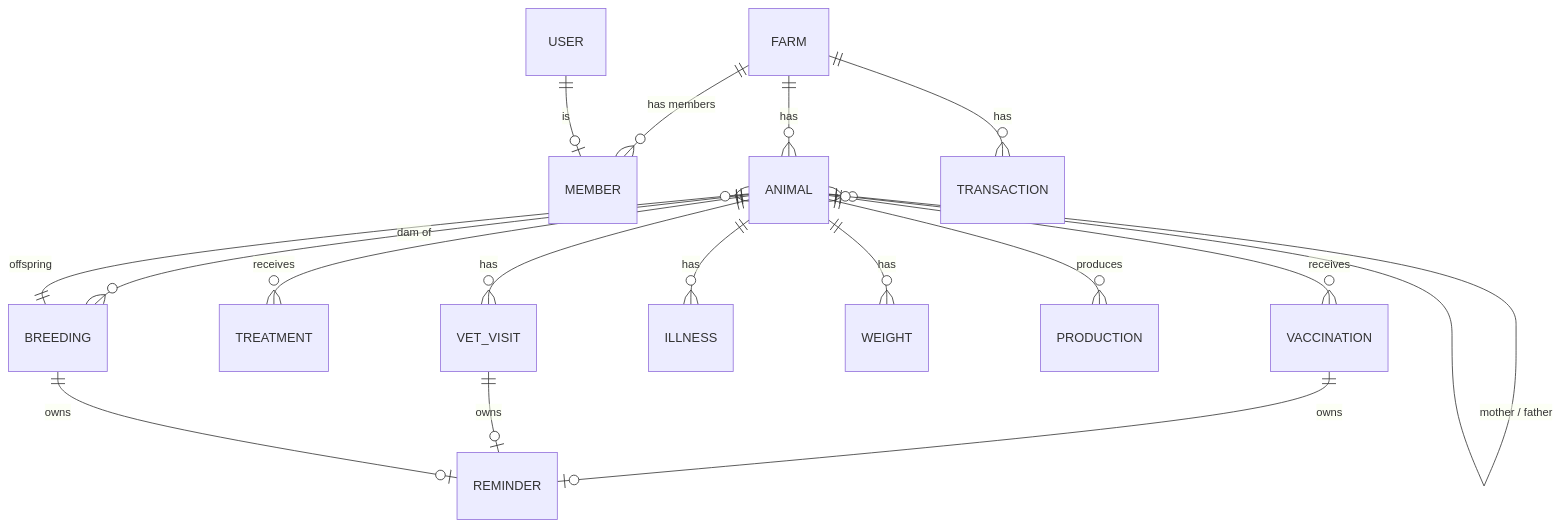
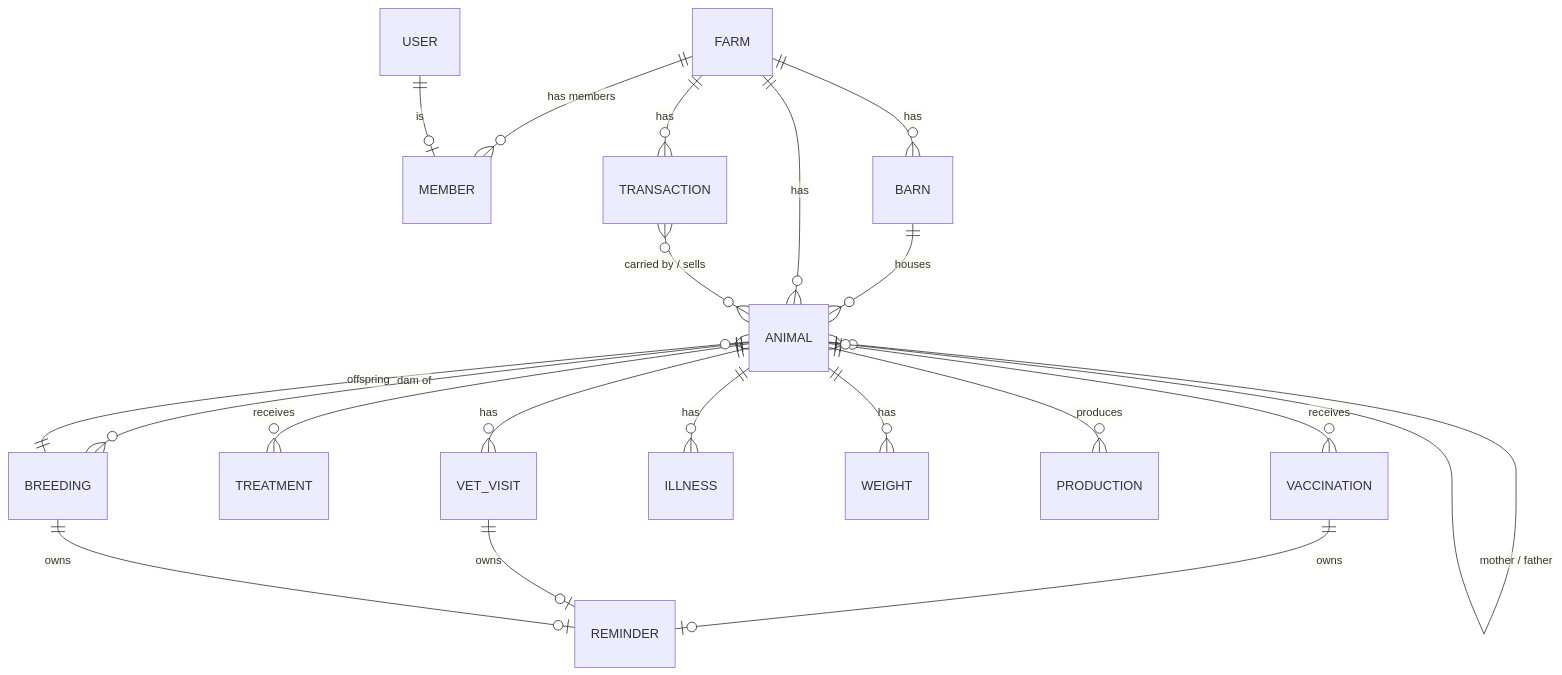
One commit to haythoum/farmivo_backend changed the diagram in docs/DATA_MODEL.md. Above: the diagram before and after it, drawn with Mermaid. The commit also changed other lines of this file and 9 other files, not shown here.

````diff
--- a/docs/DATA_MODEL.md
+++ b/docs/DATA_MODEL.md
@@ -59,19 +60,22 @@
 ```mermaid
 erDiagram
   FARM ||--o{ MEMBER : "has members"
   USER ||--o| MEMBER : "is"
+  FARM ||--o{ BARN : has
+  BARN ||--o{ ANIMAL : houses
   FARM ||--o{ ANIMAL : has
   ANIMAL ||--o{ VACCINATION : receives
   ANIMAL ||--o{ TREATMENT : receives
   ANIMAL ||--o{ VET_VISIT : has
   ANIMAL ||--o{ ILLNESS : has
   ANIMAL ||--o{ WEIGHT : has
   ANIMAL ||--o{ PRODUCTION : produces
   ANIMAL ||--o{ BREEDING : "dam of"
   ANIMAL }o--o| ANIMAL : "mother / father"
   VACCINATION ||--o| REMINDER : owns
   VET_VISIT ||--o| REMINDER : owns
   BREEDING ||--o| REMINDER : owns
   BREEDING ||--o{ ANIMAL : "offspring"
   FARM ||--o{ TRANSACTION : has
+  TRANSACTION }o--o{ ANIMAL : "carried by / sells"
 ```
````
